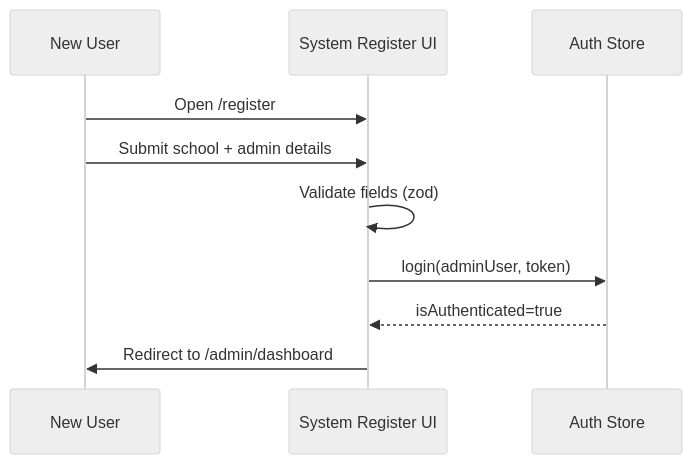
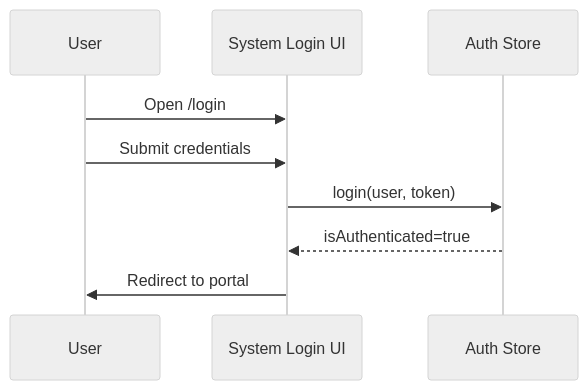
Before and after one commit to Software-House-Publishing/school-management: the third of 7 diagrams in docs/architecture/workflow-architecture.md, drawn with Mermaid (neutral theme). The commit also changed other lines of this file and 3 other files, not shown here.

````diff
--- a/docs/architecture/workflow-architecture.md
+++ b/docs/architecture/workflow-architecture.md
@@ -66,12 +185,11 @@
 ```mermaid
 sequenceDiagram
-  participant U as New User
-  participant UI as System Register UI
+  participant U as User
+  participant UI as System Login UI
   participant Store as Auth Store
-  U->>UI: Open /register
-  U->>UI: Submit school + admin details
-  UI->>UI: Validate fields (zod)
-  UI->>Store: login(adminUser, token)
+  U->>UI: Open /login
+  U->>UI: Submit credentials
+  UI->>Store: login(user, token)
   Store-->>UI: isAuthenticated=true
-  UI->>U: Redirect to /admin/dashboard
+  UI->>U: Redirect to portal
 ```
````
